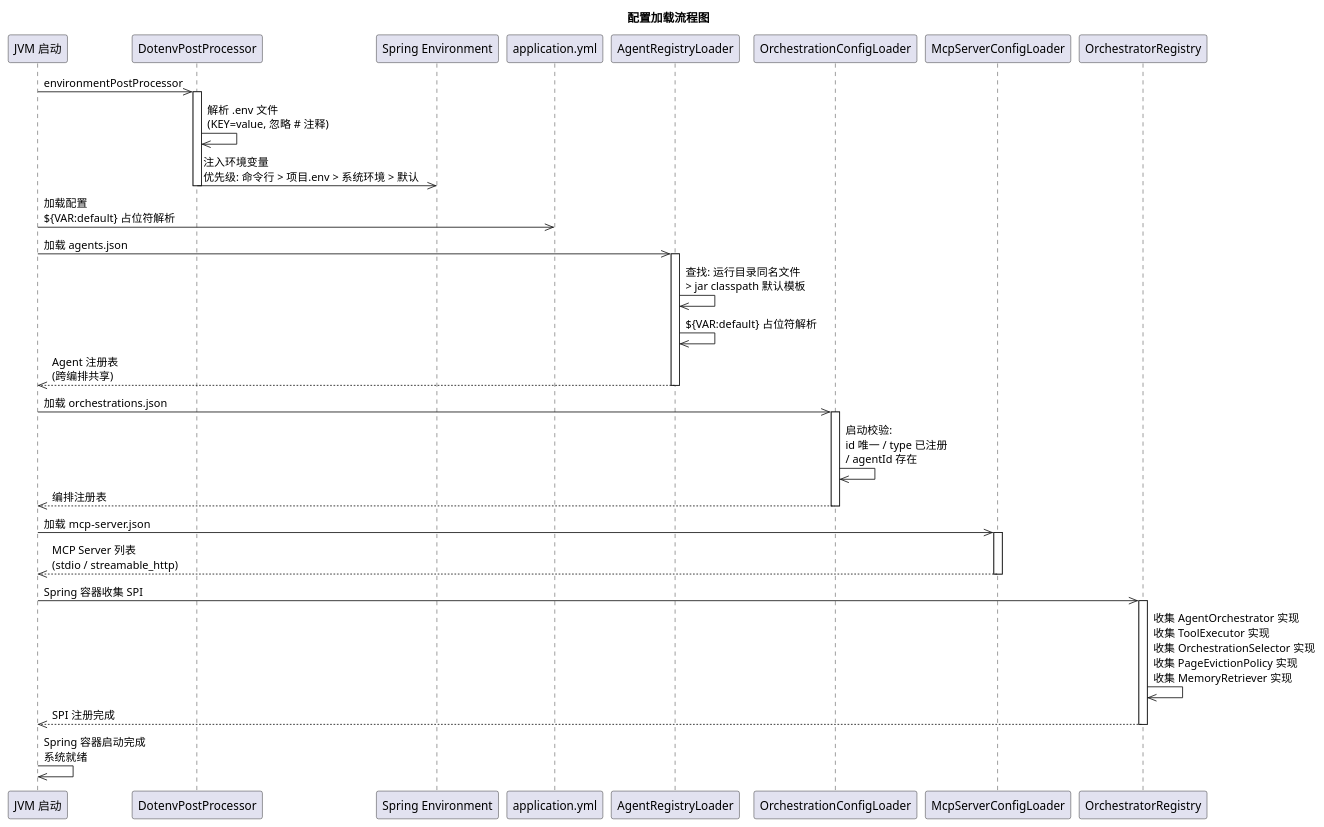
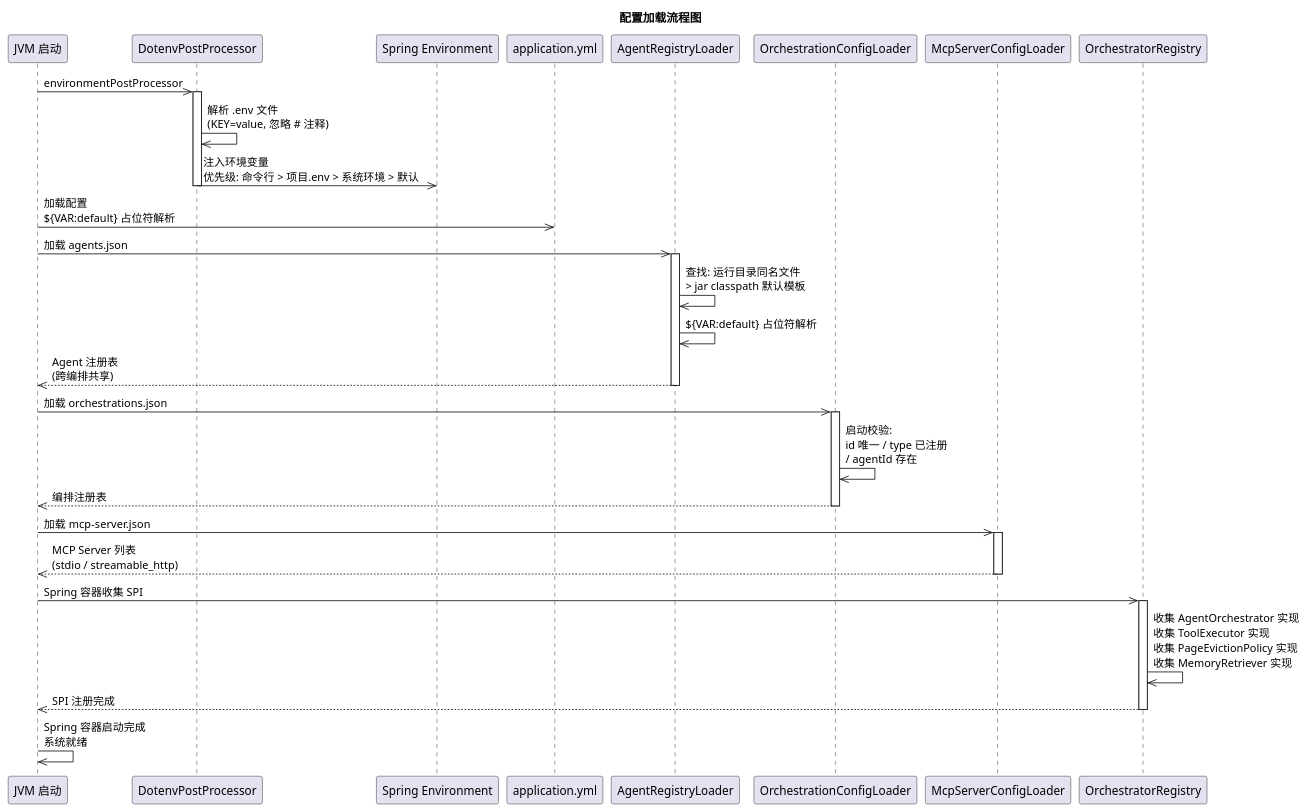
One commit to mwb1219/mwb-ai-claw changed diagram 22 of 23 in mwb-ai-claw技术方案.md. Above: the diagram before and after it, drawn with PlantUML. The commit also changed other lines of this file and 30 other files, not shown here.

````diff
--- a/mwb-ai-claw技术方案.md
+++ b/mwb-ai-claw技术方案.md
@@ -1809,47 +1705,47 @@
 ```plantuml
 @startuml
 title 配置加载流程图
 participant JVM as "JVM 启动"
 participant ENV as "DotenvPostProcessor"
 participant SE as "Spring Environment"
 participant YML as "application.yml"
 participant ARL as "AgentRegistryLoader"
 participant OCL as "OrchestrationConfigLoader"
 participant MCL as "McpServerConfigLoader"
 participant OR as "OrchestratorRegistry"
 
 JVM->>ENV: environmentPostProcessor
 activate ENV
 ENV->>ENV: 解析 .env 文件\n(KEY=value, 忽略 # 注释)
 ENV->>SE: 注入环境变量\n优先级: 命令行 > 项目.env > 系统环境 > 默认
 deactivate ENV
 
 JVM->>YML: 加载配置\n${VAR:default} 占位符解析
 
 JVM->>ARL: 加载 agents.json
 activate ARL
 ARL->>ARL: 查找: 运行目录同名文件\n> jar classpath 默认模板
 ARL->>ARL: ${VAR:default} 占位符解析
 ARL-->>JVM: Agent 注册表\n(跨编排共享)
 deactivate ARL
 
 JVM->>OCL: 加载 orchestrations.json
 activate OCL
 OCL->>OCL: 启动校验:\nid 唯一 / type 已注册\n/ agentId 存在
 OCL-->>JVM: 编排注册表
 deactivate OCL
 
 JVM->>MCL: 加载 mcp-server.json
 activate MCL
 MCL-->>JVM: MCP Server 列表\n(stdio / streamable_http)
 deactivate MCL
 
 JVM->>OR: Spring 容器收集 SPI
 activate OR
-OR->>OR: 收集 AgentOrchestrator 实现\n收集 ToolExecutor 实现\n收集 OrchestrationSelector 实现\n收集 PageEvictionPolicy 实现\n收集 MemoryRetriever 实现
+OR->>OR: 收集 AgentOrchestrator 实现\n收集 ToolExecutor 实现\n收集 PageEvictionPolicy 实现\n收集 MemoryRetriever 实现
 OR-->>JVM: SPI 注册完成
 deactivate OR
 
 JVM->>JVM: Spring 容器启动完成\n系统就绪
 @enduml
 ```
````
